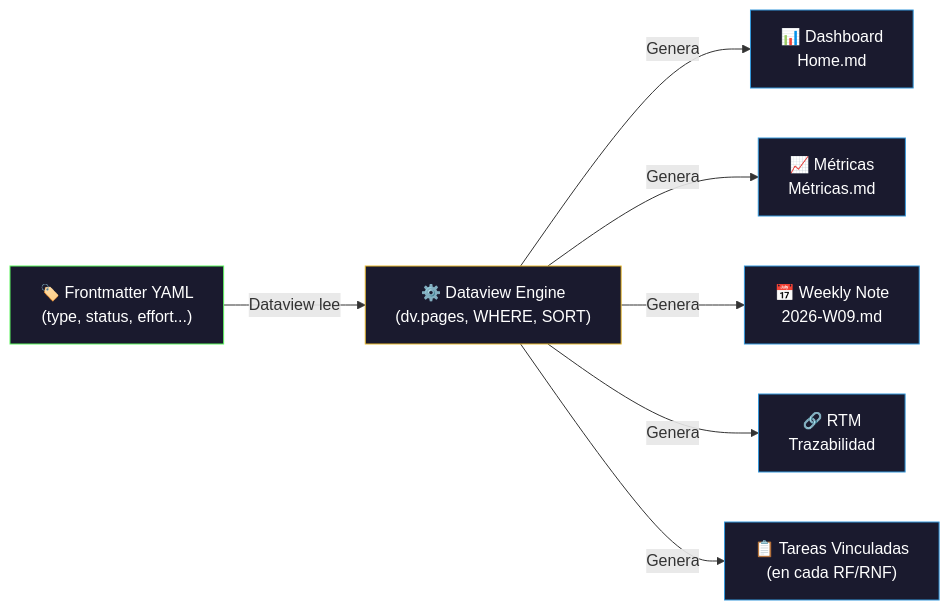
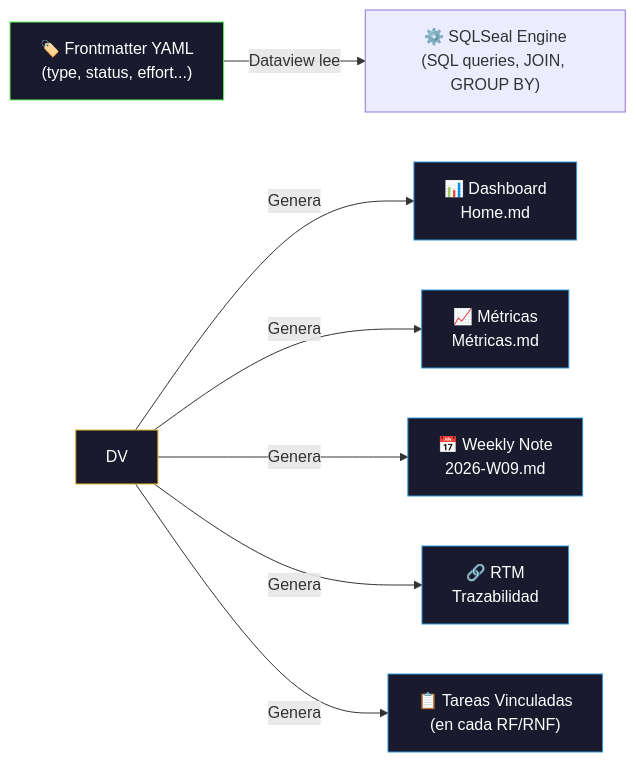
Before and after one commit to yonrasgg/RAICES_VIVAS: the second of 6 diagrams in 01-Proyecto/Guía de Workflow.md, drawn with Mermaid. The commit also changed other lines of this file and 16 other files, not shown here.

````diff
--- a/01-Proyecto/Guía de Workflow.md
+++ b/01-Proyecto/Guía de Workflow.md
@@ -215,17 +215,17 @@
 ```mermaid
 flowchart LR
-    FM["🏷️ Frontmatter YAML<br/>(type, status, effort...)"] -->|Dataview lee| DV["⚙️ Dataview Engine<br/>(dv.pages, WHERE, SORT)"]
+    FM["🏷️ Frontmatter YAML<br/>(type, status, effort...)"] -->|Dataview lee| SS["⚙️ SQLSeal Engine<br/>(SQL queries, JOIN, GROUP BY)"]
     DV -->|Genera| DASH["📊 Dashboard<br/>Home.md"]
     DV -->|Genera| MET["📈 Métricas<br/>Métricas.md"]
     DV -->|Genera| WK["📅 Weekly Note<br/>2026-W09.md"]
     DV -->|Genera| RTM["🔗 RTM<br/>Trazabilidad"]
     DV -->|Genera| RF_T["📋 Tareas Vinculadas<br/>(en cada RF/RNF)"]
 
     style FM fill:#1a1a2e,stroke:#5cf55f,color:#fff
     style DV fill:#1a1a2e,stroke:#e8b931,color:#fff
     style DASH fill:#1a1a2e,stroke:#3498db,color:#fff
     style MET fill:#1a1a2e,stroke:#3498db,color:#fff
     style WK fill:#1a1a2e,stroke:#3498db,color:#fff
     style RTM fill:#1a1a2e,stroke:#3498db,color:#fff
     style RF_T fill:#1a1a2e,stroke:#3498db,color:#fff
 ```
````
